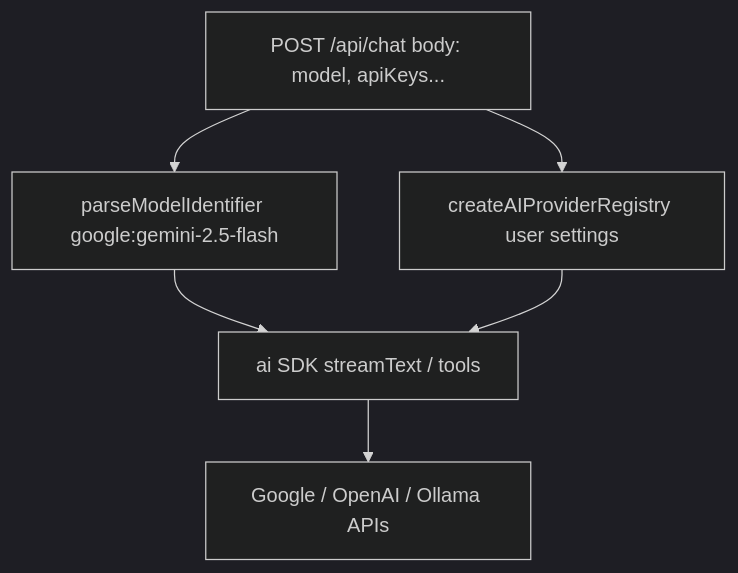
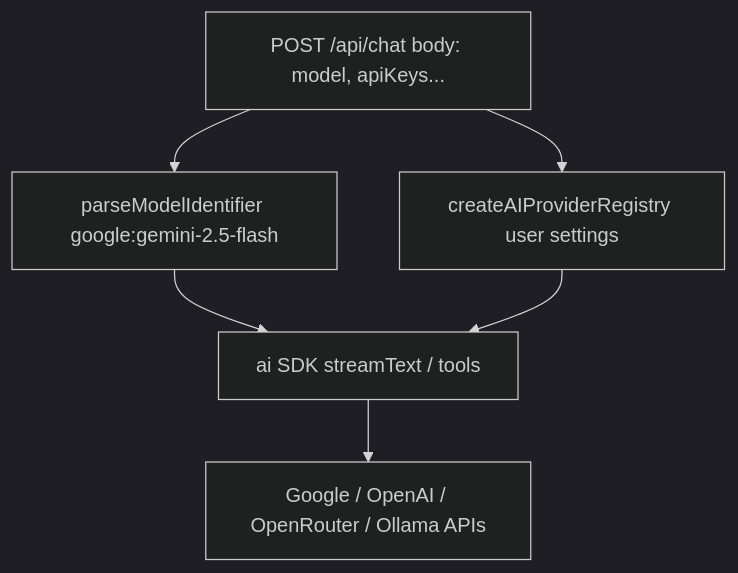
Before and after one commit to EduAI-Lab/EduAI: the second of 7 diagrams in docs/ARCHITECTURE.md, drawn with Mermaid (dark theme). The commit also changed other lines of this file and 4 other files, not shown here.

Commit message:
docs: document OpenRouter chat provider and update changelog

````diff
--- a/docs/ARCHITECTURE.md
+++ b/docs/ARCHITECTURE.md
@@ -89,12 +89,12 @@
 ```mermaid
 flowchart TD
   Req[POST /api/chat body: model, apiKeys...]
   Parse[parseModelIdentifier google:gemini-2.5-flash]
   Reg[createAIProviderRegistry user settings]
   SDK[ai SDK streamText / tools]
   Req --> Parse
   Req --> Reg
   Parse --> SDK
   Reg --> SDK
-  SDK --> Vendor[Google / OpenAI / Ollama APIs]
+  SDK --> Vendor[Google / OpenAI / OpenRouter / Ollama APIs]
 ```
````
